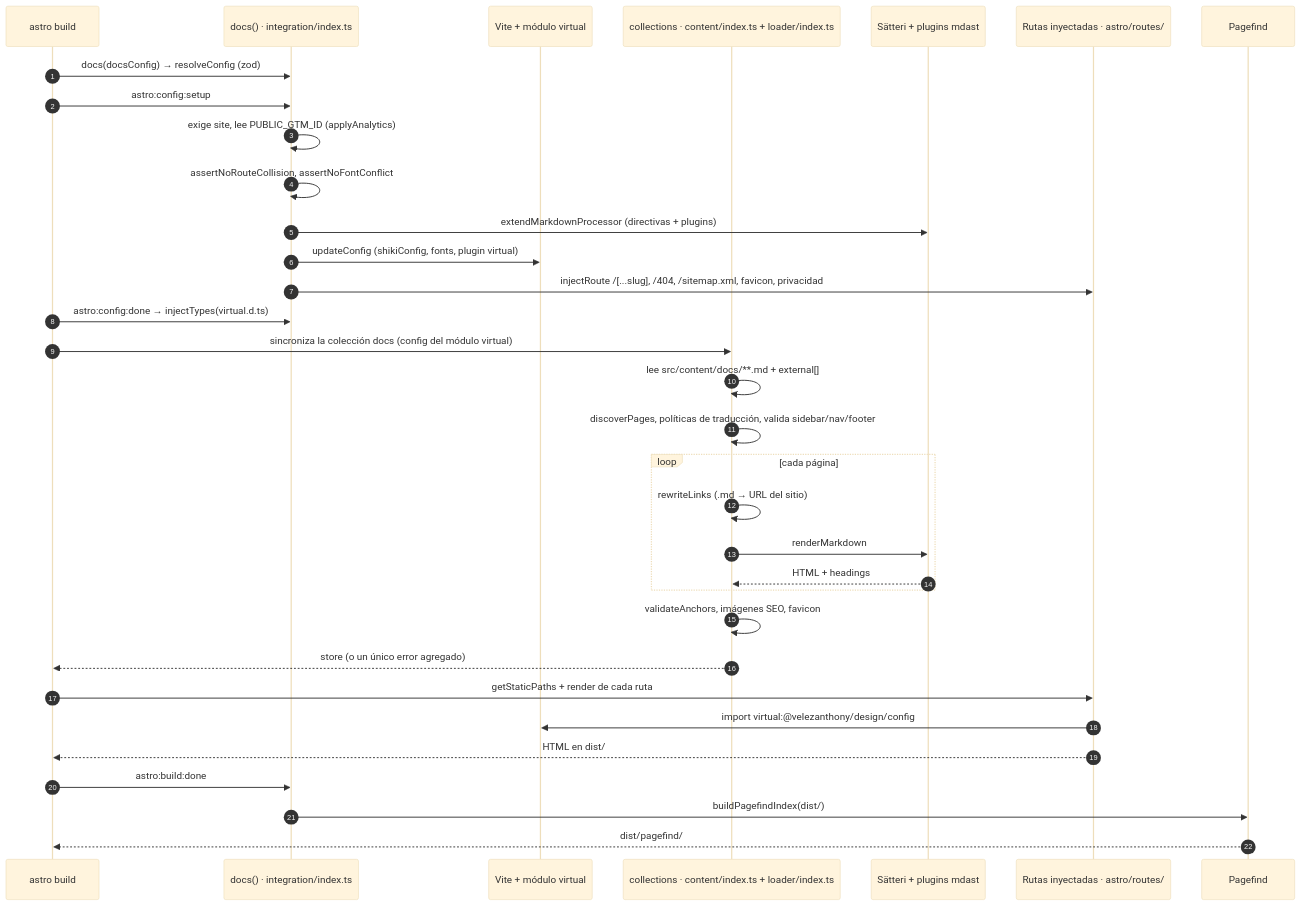
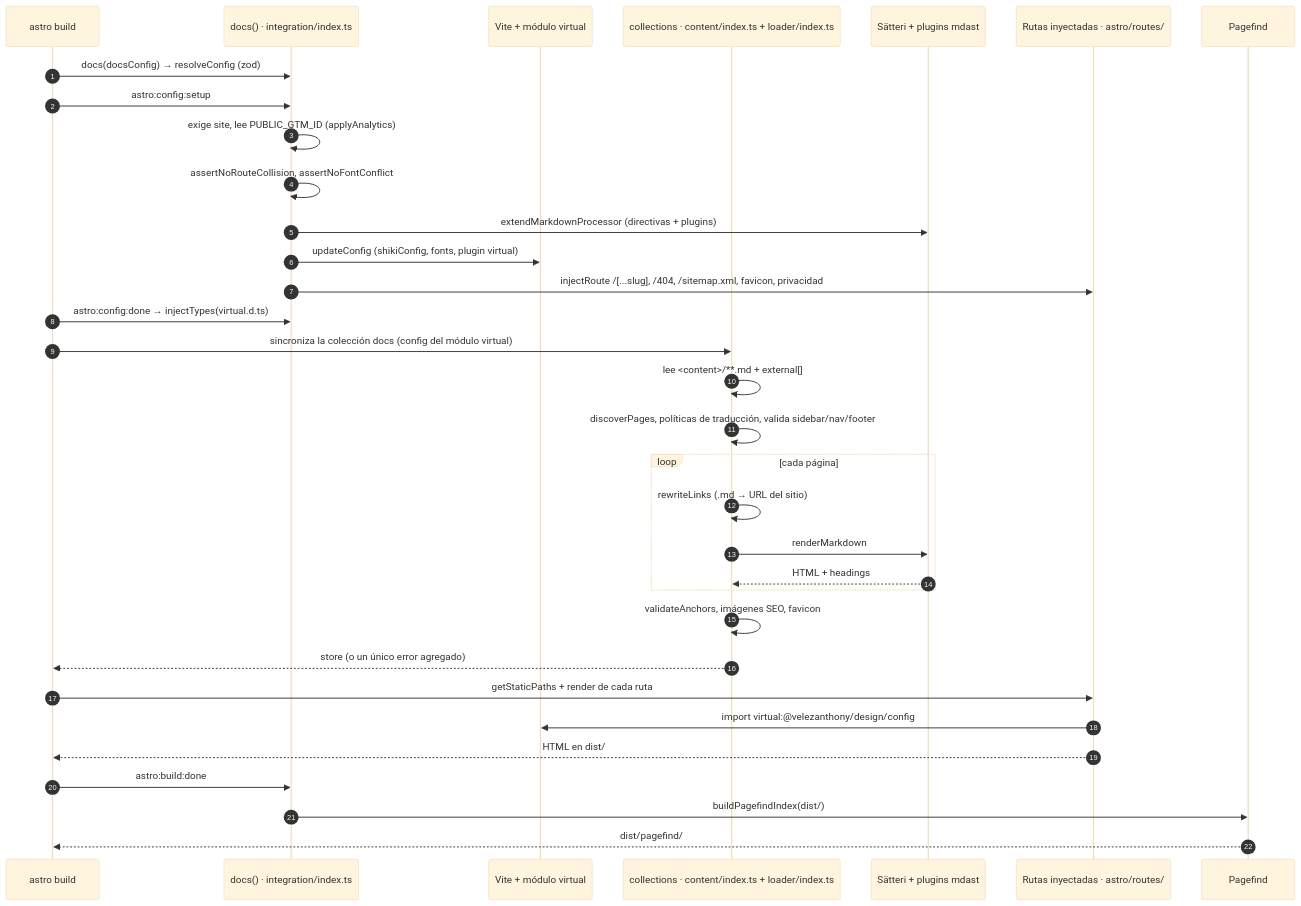
The first of 2 diagrams in docs/src/content/docs/integracion/por-dentro.md (velezanthony/design), drawn with Mermaid (base theme) before and after one commit. The commit also changed other lines of this file and 4 other files, not shown here.

````diff
--- a/docs/src/content/docs/integracion/por-dentro.md
+++ b/docs/src/content/docs/integracion/por-dentro.md
@@ -32,36 +32,36 @@
 ```mermaid
 sequenceDiagram
   autonumber
   participant CLI as astro build
   participant Int as docs() · integration/index.ts
   participant Vite as Vite + módulo virtual
   participant Ldr as collections · content/index.ts + loader/index.ts
   participant MD as Sätteri + plugins mdast
   participant Rt as Rutas inyectadas · astro/routes/
   participant PF as Pagefind
 
   CLI->>Int: docs(docsConfig) → resolveConfig (zod)
   CLI->>Int: astro:config:setup
   Int->>Int: exige site, lee PUBLIC_GTM_ID (applyAnalytics)
   Int->>Int: assertNoRouteCollision, assertNoFontConflict
   Int->>MD: extendMarkdownProcessor (directivas + plugins)
   Int->>Vite: updateConfig (shikiConfig, fonts, plugin virtual)
   Int->>Rt: injectRoute /[...slug], /404, /sitemap.xml, favicon, privacidad
   CLI->>Int: astro:config:done → injectTypes(virtual.d.ts)
   CLI->>Ldr: sincroniza la colección docs (config del módulo virtual)
-  Ldr->>Ldr: lee src/content/docs/**.md + external[]
+  Ldr->>Ldr: lee <content>/**.md + external[]
   Ldr->>Ldr: discoverPages, políticas de traducción, valida sidebar/nav/footer
   loop cada página
     Ldr->>Ldr: rewriteLinks (.md → URL del sitio)
     Ldr->>MD: renderMarkdown
     MD-->>Ldr: HTML + headings
   end
   Ldr->>Ldr: validateAnchors, imágenes SEO, favicon
   Ldr-->>CLI: store (o un único error agregado)
   CLI->>Rt: getStaticPaths + render de cada ruta
   Rt->>Vite: import virtual:@velezanthony/design/config
   Rt-->>CLI: HTML en dist/
   CLI->>Int: astro:build:done
   Int->>PF: buildPagefindIndex(dist/)
   PF-->>CLI: dist/pagefind/
 ```
````
